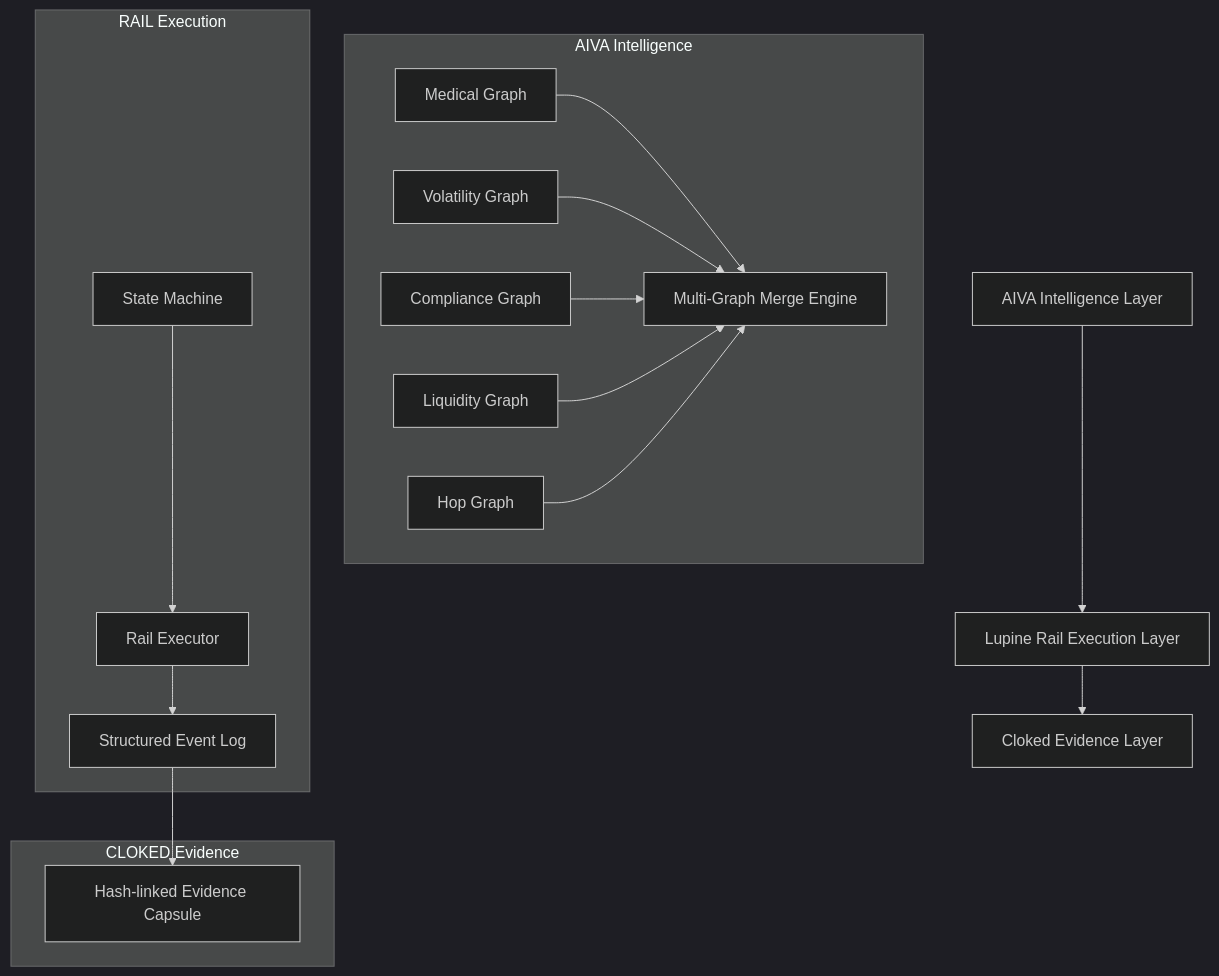
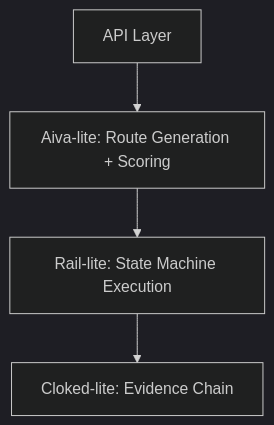
Before and after one commit to cheeroo2020/lupine-systems-core: the diagram in README.md, drawn with Mermaid (dark theme). The commit also changed other lines of this file and 17 other files, not shown here.

First line of the commit message:
Scaffold Lupine Systems V0 — Aiva-lite, Rail-lite, Cloked-lite + FastAPI

````diff
--- a/README.md
+++ b/README.md
@@ -16,33 +23,6 @@
 ```mermaid
 flowchart TD
-    AIVA[AIVA Intelligence Layer] --> RAIL[Lupine Rail Execution Layer]
-    RAIL --> CLOKED[Cloked Evidence Layer]
-
-    subgraph AIVA Intelligence
-        MG[Medical Graph]
-        VG[Volatility Graph]
-        CG[Compliance Graph]
-        LG[Liquidity Graph]
-        HG[Hop Graph]
-        MERGE[Multi-Graph Merge Engine]
-        MG --> MERGE
-        VG --> MERGE
-        CG --> MERGE
-        LG --> MERGE
-        HG --> MERGE
-    end
-
-    subgraph RAIL Execution
-        SM[State Machine]
-        EX[Rail Executor]
-        EV[Structured Event Log]
-        SM --> EX
-        EX --> EV
-    end
-
-    subgraph CLOKED Evidence
-        AUD[Hash-linked Evidence Capsule]
-    end
-
-    EV --> AUD
+    API[API Layer] --> AIVA[Aiva-lite: Route Generation + Scoring]
+    AIVA --> RAIL[Rail-lite: State Machine Execution]
+    RAIL --> CLOKED[Cloked-lite: Evidence Chain]
 ```
````
